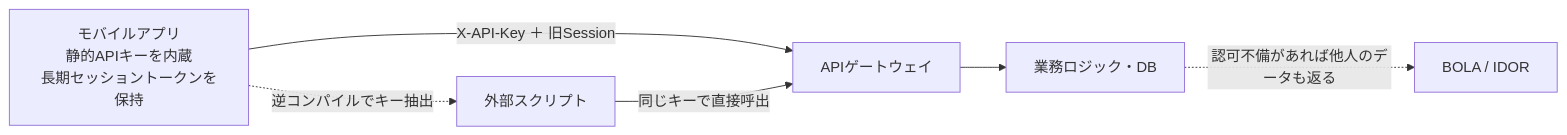
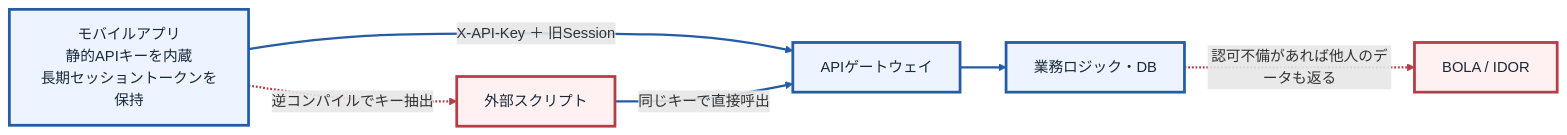
The fourth of 5 diagrams in note/08_セキュリティ/動的API 移行フロー.md (M-Tokun/NRA-IDE), drawn with Mermaid before and after one commit. The commit also changed other lines of this file and 6 other files, not shown here.

````diff
--- a/note/08_セキュリティ/動的API 移行フロー.md
+++ b/note/08_セキュリティ/動的API 移行フロー.md
@@ -17,8 +426,21 @@
 ```mermaid
 flowchart LR
   APP["モバイルアプリ<br/>静的APIキーを内蔵<br/>長期セッショントークンを保持"] -->|"X-API-Key ＋ 旧Session"| GW["APIゲートウェイ"]
   GW --> BE["業務ロジック・DB"]
   APP -. "逆コンパイルでキー抽出" .-> ATK["外部スクリプト"]
   ATK -->|"同じキーで直接呼出"| GW
   BE -. "認可不備があれば他人のデータも返る" .-> BOLA["BOLA / IDOR"]
+  %% READABILITY: role colors do not certify implementation or validation.
+  classDef normal fill:#edf4ff,stroke:#245ca6,stroke-width:3px,color:#17283b;
+  class APP,GW,BE normal;
+  classDef review fill:#f4effb,stroke:#7050a3,stroke-width:3px,color:#17283b;
+  classDef ok fill:#edf8f0,stroke:#31704e,stroke-width:3px,color:#17283b;
+  classDef caution fill:#fff6d9,stroke:#946700,stroke-width:3px,color:#17283b,stroke-dasharray:7 4;
+  classDef danger fill:#fff0f1,stroke:#b43d47,stroke-width:3px,color:#17283b;
+  class ATK,BOLA danger;
+  linkStyle 0 stroke:#245ca6,stroke-width:2.5px;
+  linkStyle 1 stroke:#245ca6,stroke-width:2.5px;
+  linkStyle 2 stroke:#b43d47,stroke-width:2.5px;
+  linkStyle 3 stroke:#245ca6,stroke-width:2.5px;
+  linkStyle 4 stroke:#b43d47,stroke-width:2.5px;
 ```
````
